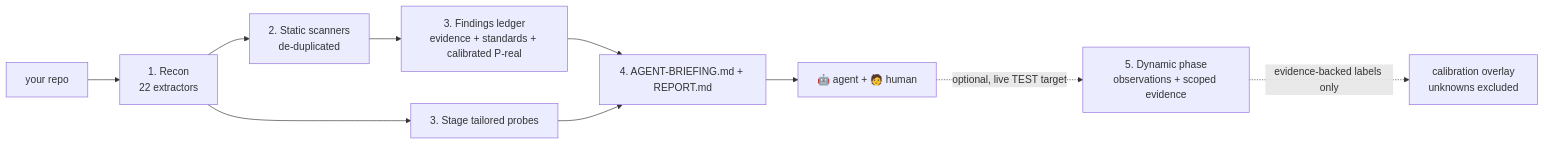
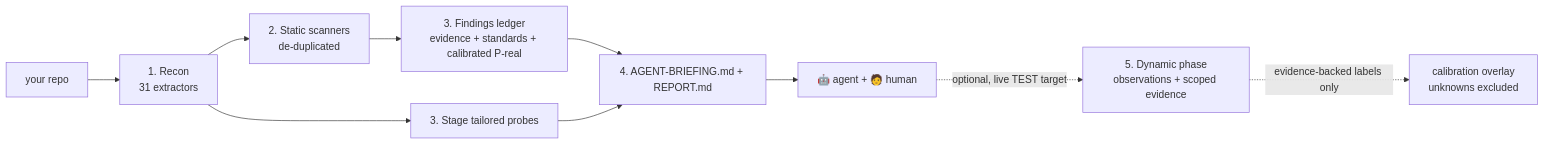
Before and after one commit to raccioly/websec-validator: the diagram in docs-canonical/ARCHITECTURE.md, drawn with Mermaid. The commit also changed other lines of this file and 4 other files, not shown here.

````diff
--- a/docs-canonical/ARCHITECTURE.md
+++ b/docs-canonical/ARCHITECTURE.md
@@ -198,12 +198,12 @@
 ```mermaid
 graph LR
-    R[your repo] --> A[1. Recon<br/>22 extractors]
+    R[your repo] --> A[1. Recon<br/>31 extractors]
     A --> B[2. Static scanners<br/>de-duplicated]
     B --> C[3. Findings ledger<br/>evidence + standards + calibrated P-real]
     A --> D[3. Stage tailored probes]
     C --> E[4. AGENT-BRIEFING.md + REPORT.md]
     D --> E
     E --> F[🤖 agent + 🧑 human]
     F -. optional, live TEST target .-> G[5. Dynamic phase<br/>observations + scoped evidence]
     G -. evidence-backed labels only .-> H[calibration overlay<br/>unknowns excluded]
 ```
````
